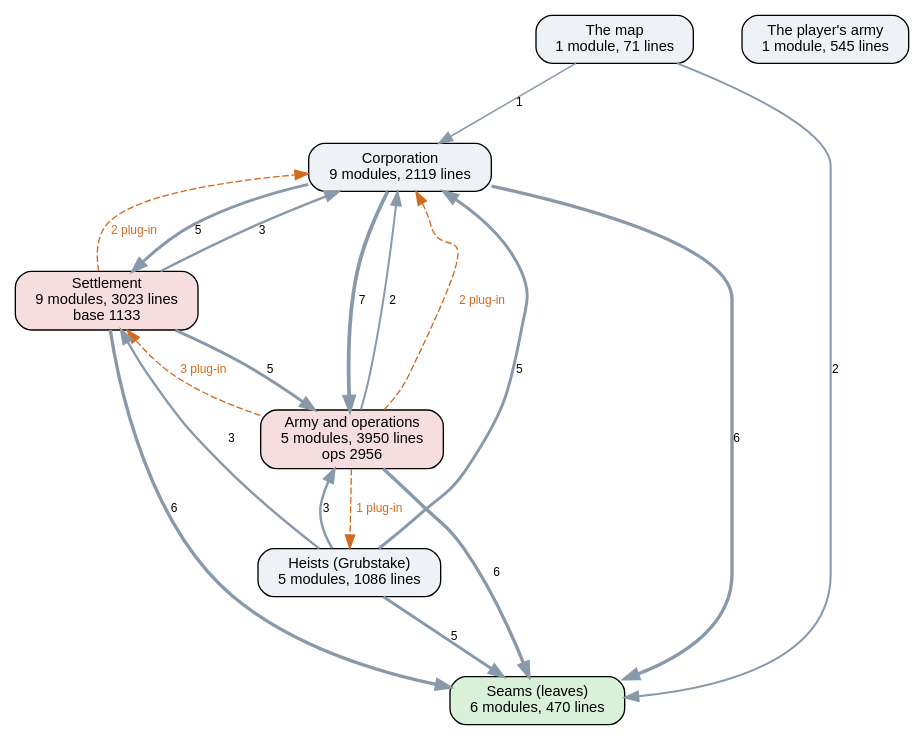
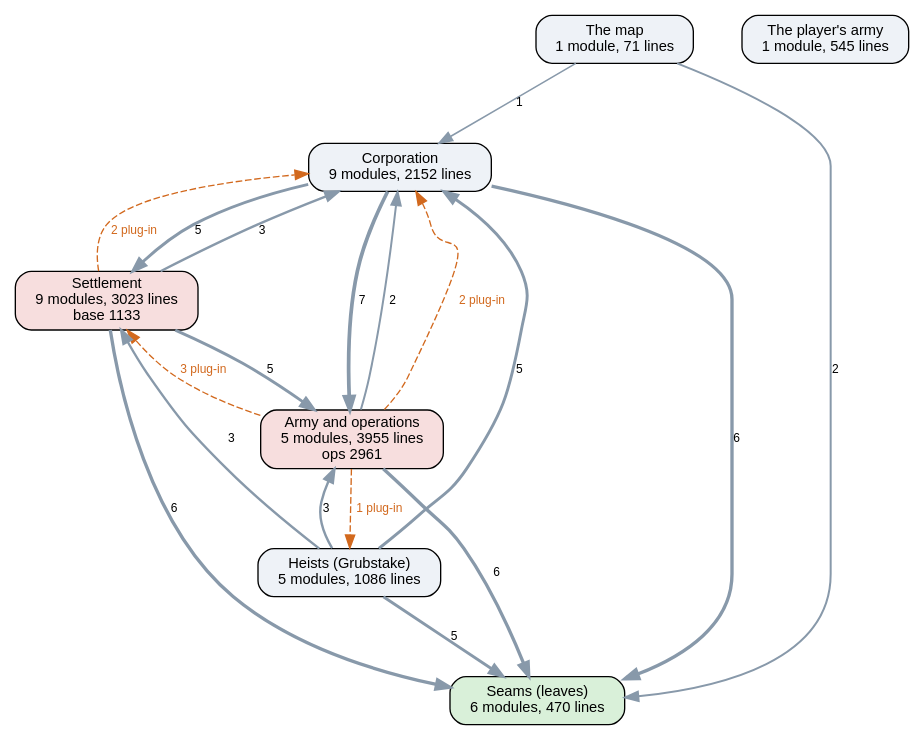
One commit to kinelhu/landing-party changed the diagram in docs/ai-layers.dot. Above: the diagram before and after it, drawn with Graphviz. The commit also changed 7 other files, not shown here.

```diff
--- a/docs/ai-layers.dot
+++ b/docs/ai-layers.dot
@@ -1,30 +1,30 @@
 digraph layers {
   graph [rankdir=TB, fontname="Helvetica", nodesep=0.5, ranksep=0.7];
   node [shape=box, style="rounded,filled", fontname="Helvetica", fontsize=11, fillcolor="#eef2f7"];
   edge [color="#8899aa", fontname="Helvetica", fontsize=9];
   "Seams (leaves)" [label="Seams (leaves)\n6 modules, 470 lines", fillcolor="#d9f0d9"];
-  "Corporation" [label="Corporation\n9 modules, 2119 lines", fillcolor="#eef2f7"];
+  "Corporation" [label="Corporation\n9 modules, 2152 lines", fillcolor="#eef2f7"];
   "Settlement" [label="Settlement\n9 modules, 3023 lines\nbase 1133", fillcolor="#f7dede"];
-  "Army and operations" [label="Army and operations\n5 modules, 3950 lines\nops 2956", fillcolor="#f7dede"];
+  "Army and operations" [label="Army and operations\n5 modules, 3955 lines\nops 2961", fillcolor="#f7dede"];
   "Heists (Grubstake)" [label="Heists (Grubstake)\n5 modules, 1086 lines", fillcolor="#eef2f7"];
   "The map" [label="The map\n1 module, 71 lines", fillcolor="#eef2f7"];
   "The player's army" [label="The player's army\n1 module, 545 lines", fillcolor="#eef2f7"];
   "Army and operations" -> "Corporation" [label="2", penwidth=1.5];
   "Army and operations" -> "Seams (leaves)" [label="6", penwidth=2.5];
   "Corporation" -> "Army and operations" [label="7", penwidth=2.8];
   "Corporation" -> "Seams (leaves)" [label="6", penwidth=2.5];
   "Corporation" -> "Settlement" [label="5", penwidth=2.2];
   "Heists (Grubstake)" -> "Army and operations" [label="3", penwidth=1.8];
   "Heists (Grubstake)" -> "Corporation" [label="5", penwidth=2.2];
   "Heists (Grubstake)" -> "Seams (leaves)" [label="5", penwidth=2.2];
   "Heists (Grubstake)" -> "Settlement" [label="3", penwidth=1.8];
   "Settlement" -> "Army and operations" [label="5", penwidth=2.2];
   "Settlement" -> "Corporation" [label="3", penwidth=1.8];
   "Settlement" -> "Seams (leaves)" [label="6", penwidth=2.5];
   "The map" -> "Corporation" [label="1", penwidth=1.2];
   "The map" -> "Seams (leaves)" [label="2", penwidth=1.5];
   "Army and operations" -> "Corporation" [style=dashed, color="#d2691e", fontcolor="#d2691e", label="2 plug-in"];
   "Army and operations" -> "Heists (Grubstake)" [style=dashed, color="#d2691e", fontcolor="#d2691e", label="1 plug-in"];
   "Army and operations" -> "Settlement" [style=dashed, color="#d2691e", fontcolor="#d2691e", label="3 plug-in"];
   "Settlement" -> "Corporation" [style=dashed, color="#d2691e", fontcolor="#d2691e", label="2 plug-in"];
 }
```
